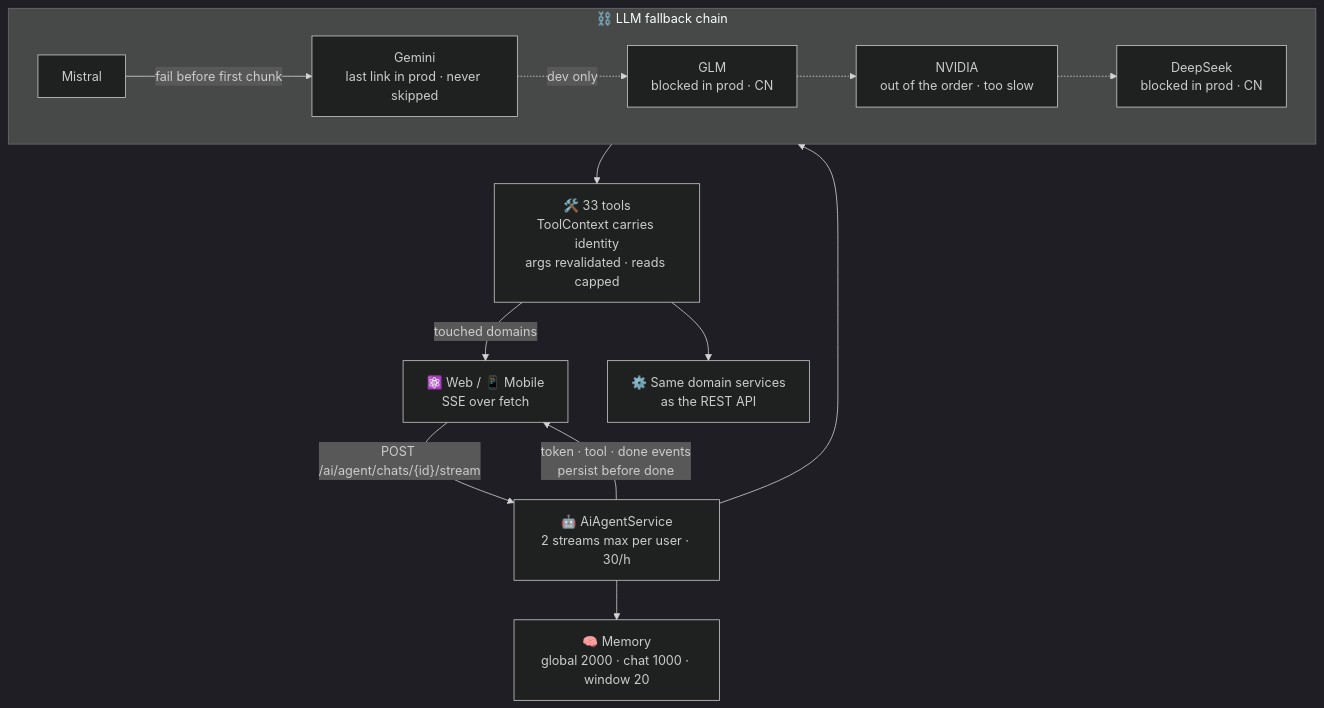
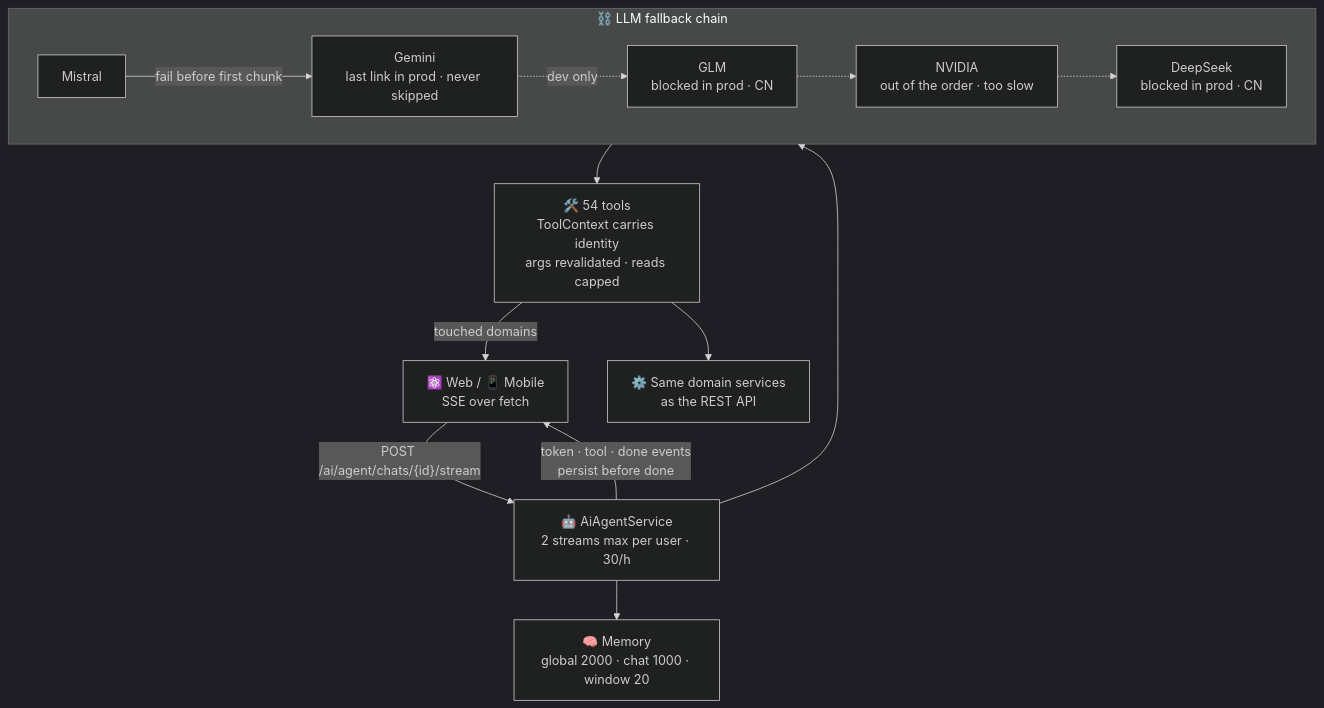
One commit to AndDev741/Beyou-arch-design changed the diagram in architecture/ai-agent/diagram.mmd. Above: the diagram before and after it, drawn with Mermaid (dark theme). The commit also changed 39 other files, not shown here.

```diff
--- a/architecture/ai-agent/diagram.mmd
+++ b/architecture/ai-agent/diagram.mmd
@@ -1,19 +1,19 @@
 flowchart TD
   C["⚛️ Web / 📱 Mobile<br/>SSE over fetch"]
   C -->|"POST /ai/agent/chats/{id}/stream"| SVC["🤖 AiAgentService<br/>2 streams max per user · 30/h"]
 
   SVC --> MEM["🧠 Memory<br/>global 2000 · chat 1000 · window 20"]
   SVC --> CHAIN["⛓️ Fallback chain"]
 
   subgraph CHAIN["⛓️ LLM fallback chain"]
     P1["Mistral"] -->|"fail before first chunk"| P2["Gemini<br/>last link in prod · never skipped"]
     P2 -.->|"dev only"| P3["GLM<br/>blocked in prod · CN"]
     P3 -.-> P4["NVIDIA<br/>out of the order · too slow"]
     P4 -.-> P5["DeepSeek<br/>blocked in prod · CN"]
   end
 
-  CHAIN --> TOOLS["🛠️ 33 tools<br/>ToolContext carries identity<br/>args revalidated · reads capped"]
+  CHAIN --> TOOLS["🛠️ 54 tools<br/>ToolContext carries identity<br/>args revalidated · reads capped"]
   TOOLS --> DOM["⚙️ Same domain services<br/>as the REST API"]
 
   SVC -->|"token · tool · done events<br/>persist before done"| C
   TOOLS -->|"touched domains"| C
```
